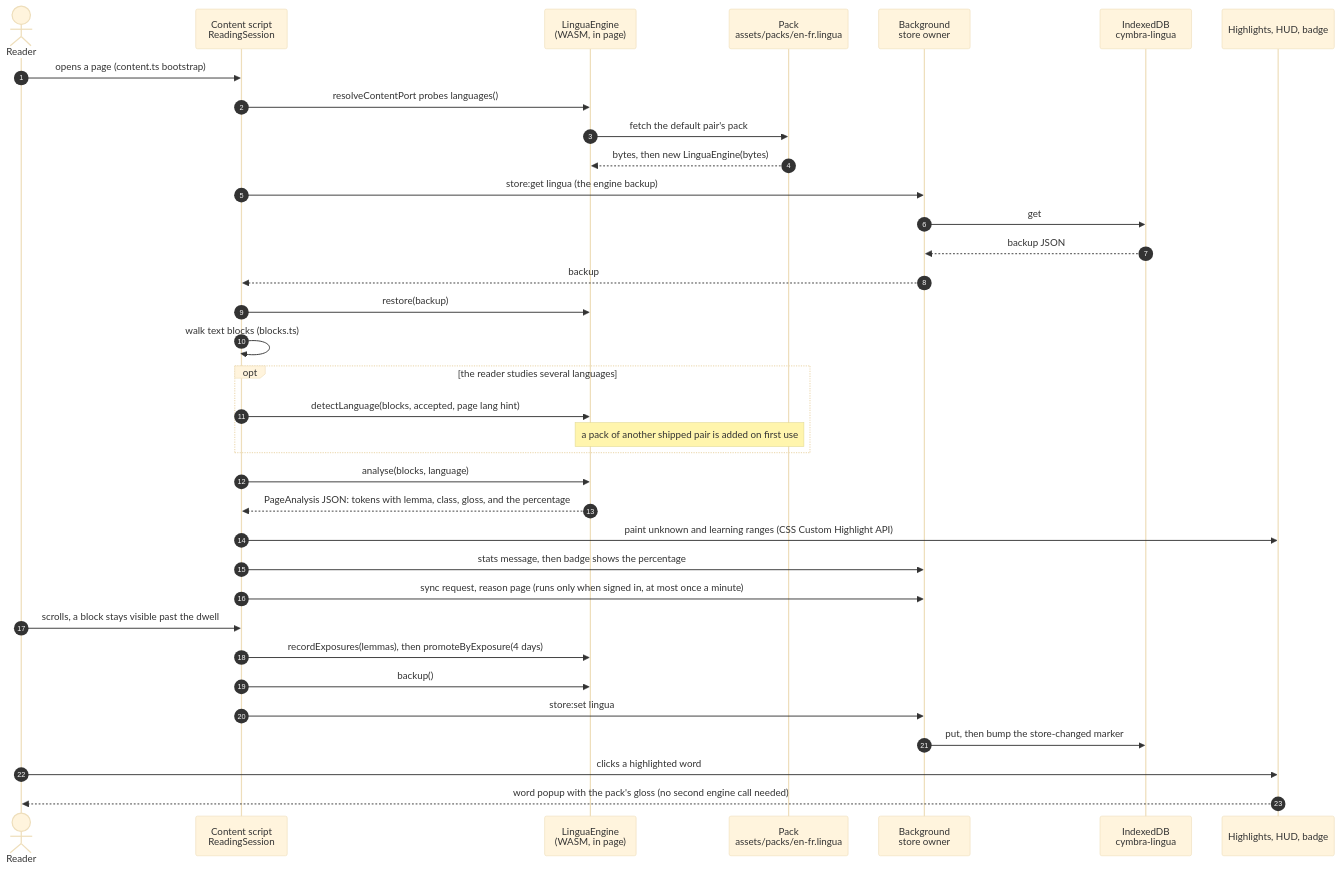
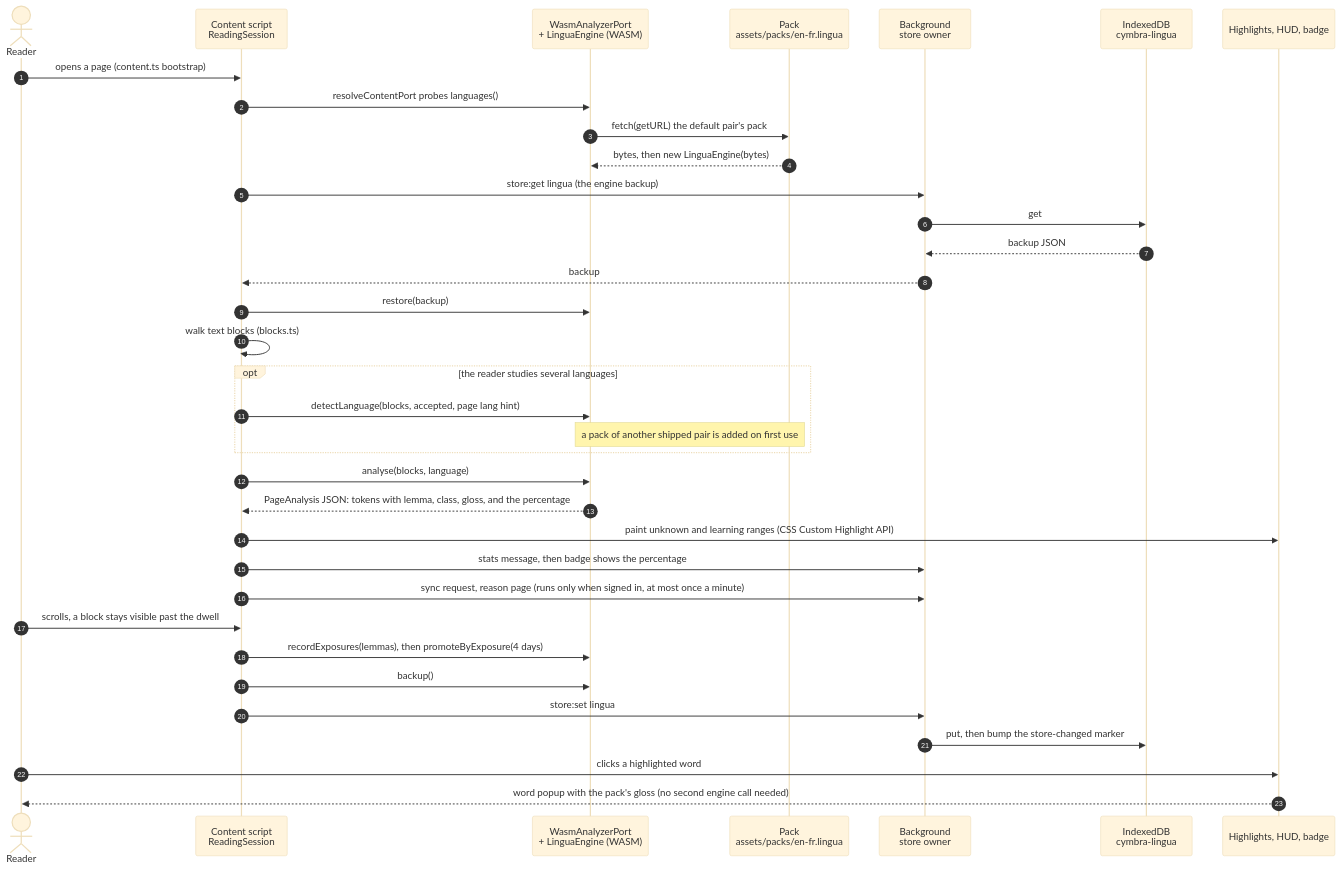
Before and after one commit to NEETROF/cymbra: diagram 11 of 15 in docs/lingua/architecture.md, drawn with Mermaid (base theme). The commit also changed other lines of this file and 1 other file, not shown here.

Commit message:
docs(lingua): link the architecture, dashed boundaries, accuracy fixes

````diff
--- a/docs/lingua/architecture.md
+++ b/docs/lingua/architecture.md
@@ -963,38 +977,38 @@
 ```mermaid
 sequenceDiagram
     autonumber
     actor R as Reader
     participant CS as Content script<br/>ReadingSession
-    participant E as LinguaEngine<br/>(WASM, in page)
+    participant E as WasmAnalyzerPort<br/>+ LinguaEngine (WASM)
     participant P as Pack<br/>assets/packs/en-fr.lingua
     participant BG as Background<br/>store owner
     participant DB as IndexedDB<br/>cymbra-lingua
     participant UI as Highlights, HUD, badge
 
     R->>CS: opens a page (content.ts bootstrap)
     CS->>E: resolveContentPort probes languages()
-    E->>P: fetch the default pair's pack
+    E->>P: fetch(getURL) the default pair's pack
     P-->>E: bytes, then new LinguaEngine(bytes)
     CS->>BG: store:get lingua (the engine backup)
     BG->>DB: get
     DB-->>BG: backup JSON
     BG-->>CS: backup
     CS->>E: restore(backup)
     CS->>CS: walk text blocks (blocks.ts)
     opt the reader studies several languages
         CS->>E: detectLanguage(blocks, accepted, page lang hint)
         Note over E,P: a pack of another shipped pair is added on first use
     end
     CS->>E: analyse(blocks, language)
     E-->>CS: PageAnalysis JSON: tokens with lemma, class, gloss, and the percentage
     CS->>UI: paint unknown and learning ranges (CSS Custom Highlight API)
     CS->>BG: stats message, then badge shows the percentage
     CS->>BG: sync request, reason page (runs only when signed in, at most once a minute)
     R->>CS: scrolls, a block stays visible past the dwell
     CS->>E: recordExposures(lemmas), then promoteByExposure(4 days)
     CS->>E: backup()
     CS->>BG: store:set lingua
     BG->>DB: put, then bump the store-changed marker
     R->>UI: clicks a highlighted word
     UI-->>R: word popup with the pack's gloss (no second engine call needed)
 ```
````
